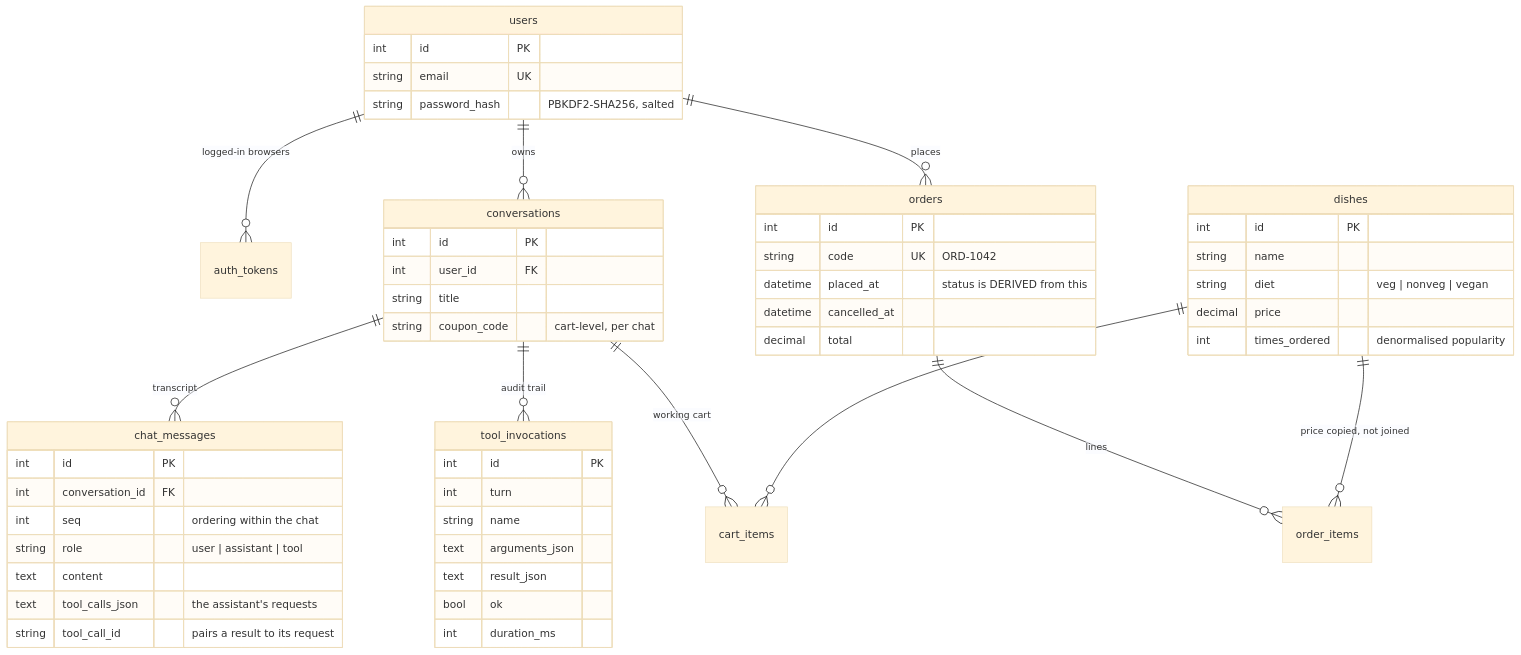
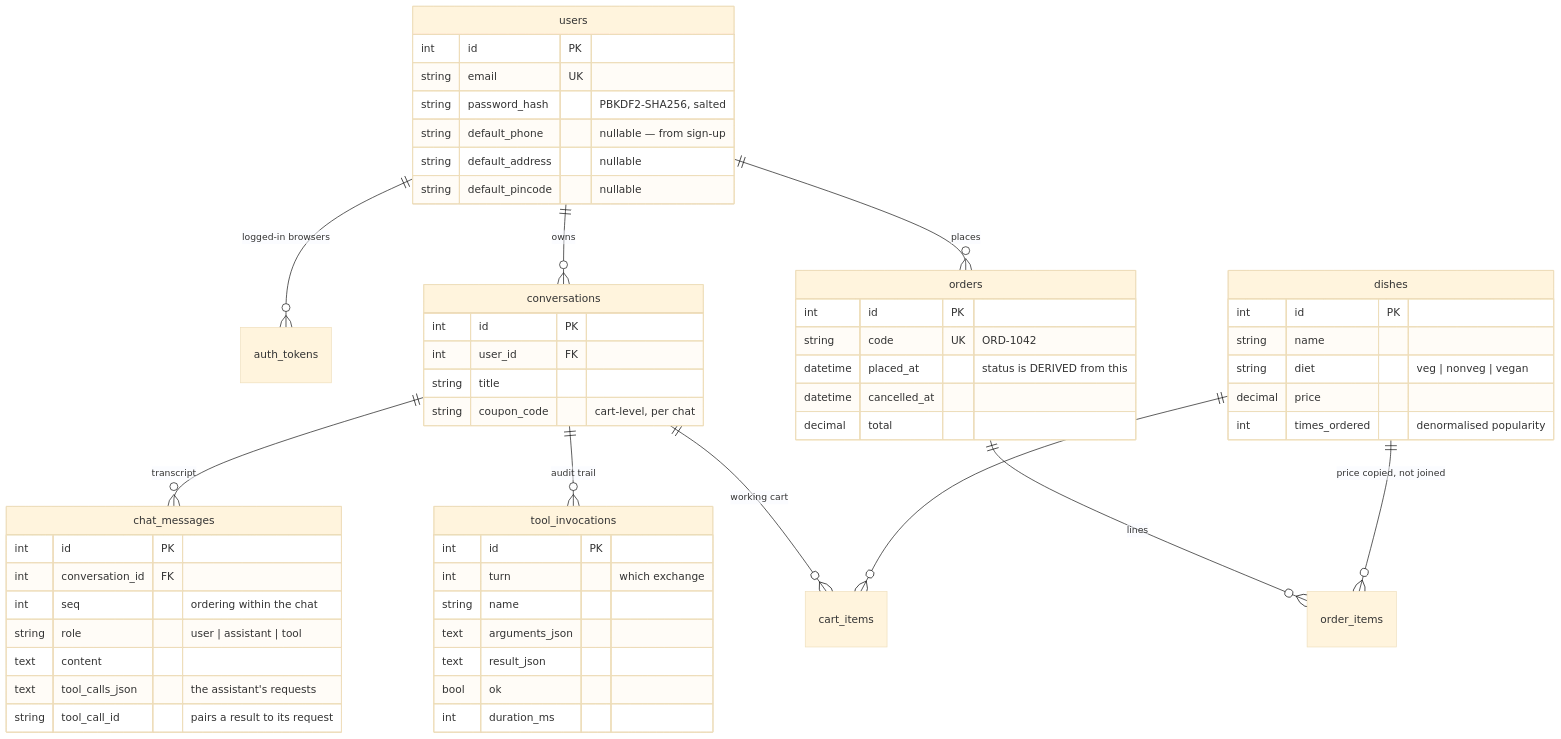
Before and after one commit to MuhammadWaqar621/bites-and-bytes: the first of 4 diagrams in README.md, drawn with Mermaid (base theme). The commit also changed other lines of this file and 21 other files, not shown here.

First line of the commit message:
Analytics tools with charts, and real screenshots in the README

````diff
--- a/README.md
+++ b/README.md
@@ -111,56 +190,59 @@
 ```mermaid
 erDiagram
     users ||--o{ auth_tokens : "logged-in browsers"
     users ||--o{ conversations : "owns"
     users ||--o{ orders : "places"
     conversations ||--o{ chat_messages : "transcript"
     conversations ||--o{ tool_invocations : "audit trail"
     conversations ||--o{ cart_items : "working cart"
     orders ||--o{ order_items : "lines"
     dishes ||--o{ cart_items : ""
     dishes ||--o{ order_items : "price copied, not joined"
 
     users {
         int id PK
         string email UK
         string password_hash "PBKDF2-SHA256, salted"
+        string default_phone "nullable — from sign-up"
+        string default_address "nullable"
+        string default_pincode "nullable"
     }
     conversations {
         int id PK
         int user_id FK
         string title
         string coupon_code "cart-level, per chat"
     }
     chat_messages {
         int id PK
         int conversation_id FK
         int seq "ordering within the chat"
         string role "user | assistant | tool"
         text content
         text tool_calls_json "the assistant's requests"
         string tool_call_id "pairs a result to its request"
     }
     tool_invocations {
         int id PK
-        int turn
+        int turn "which exchange"
         string name
         text arguments_json
         text result_json
         bool ok
         int duration_ms
     }
     orders {
         int id PK
         string code UK "ORD-1042"
         datetime placed_at "status is DERIVED from this"
         datetime cancelled_at
         decimal total
     }
     dishes {
         int id PK
         string name
         string diet "veg | nonveg | vegan"
         decimal price
         int times_ordered "denormalised popularity"
     }
 ```
````
